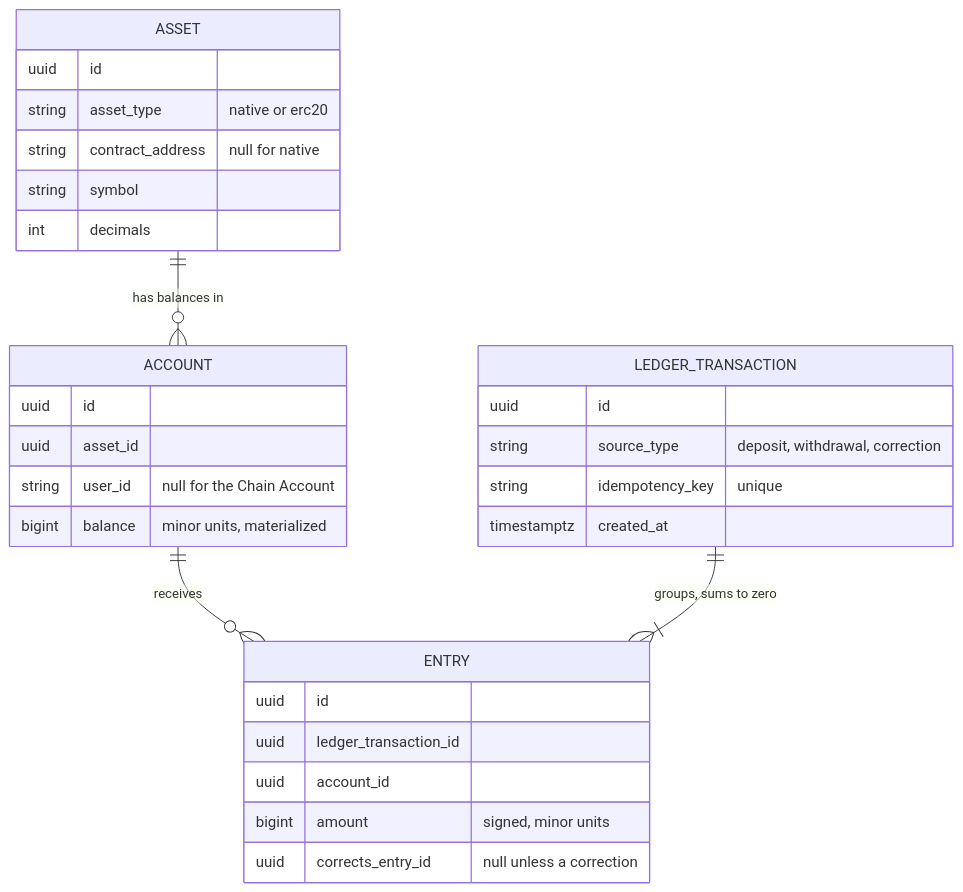
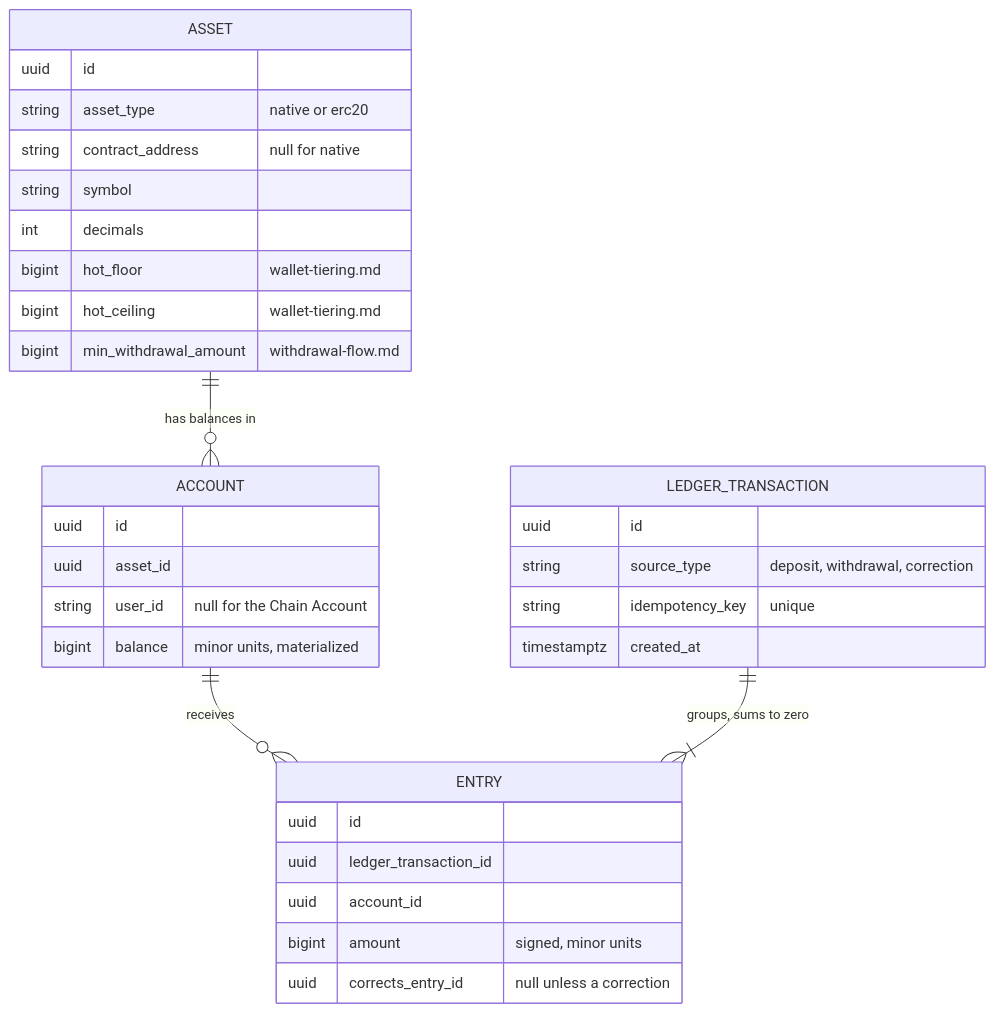
The first of 2 diagrams in docs/design/ledger.md (VuKhuongDuy/DigiWal), drawn with Mermaid before and after one commit. The commit also changed other lines of this file and 2 other files, not shown here.

First line of the commit message:
Decide Hot Ceiling/Floor and minimum withdrawal amount

````diff
--- a/docs/design/ledger.md
+++ b/docs/design/ledger.md
@@ -103,33 +114,36 @@
 ```mermaid
 erDiagram
     ASSET ||--o{ ACCOUNT : "has balances in"
     ACCOUNT ||--o{ ENTRY : "receives"
     LEDGER_TRANSACTION ||--|{ ENTRY : "groups, sums to zero"
 
     ASSET {
         uuid id
         string asset_type "native or erc20"
         string contract_address "null for native"
         string symbol
         int decimals
+        bigint hot_floor "wallet-tiering.md"
+        bigint hot_ceiling "wallet-tiering.md"
+        bigint min_withdrawal_amount "withdrawal-flow.md"
     }
     ACCOUNT {
         uuid id
         uuid asset_id
         string user_id "null for the Chain Account"
         bigint balance "minor units, materialized"
     }
     LEDGER_TRANSACTION {
         uuid id
         string source_type "deposit, withdrawal, correction"
         string idempotency_key "unique"
         timestamptz created_at
     }
     ENTRY {
         uuid id
         uuid ledger_transaction_id
         uuid account_id
         bigint amount "signed, minor units"
         uuid corrects_entry_id "null unless a correction"
     }
 ```
````
